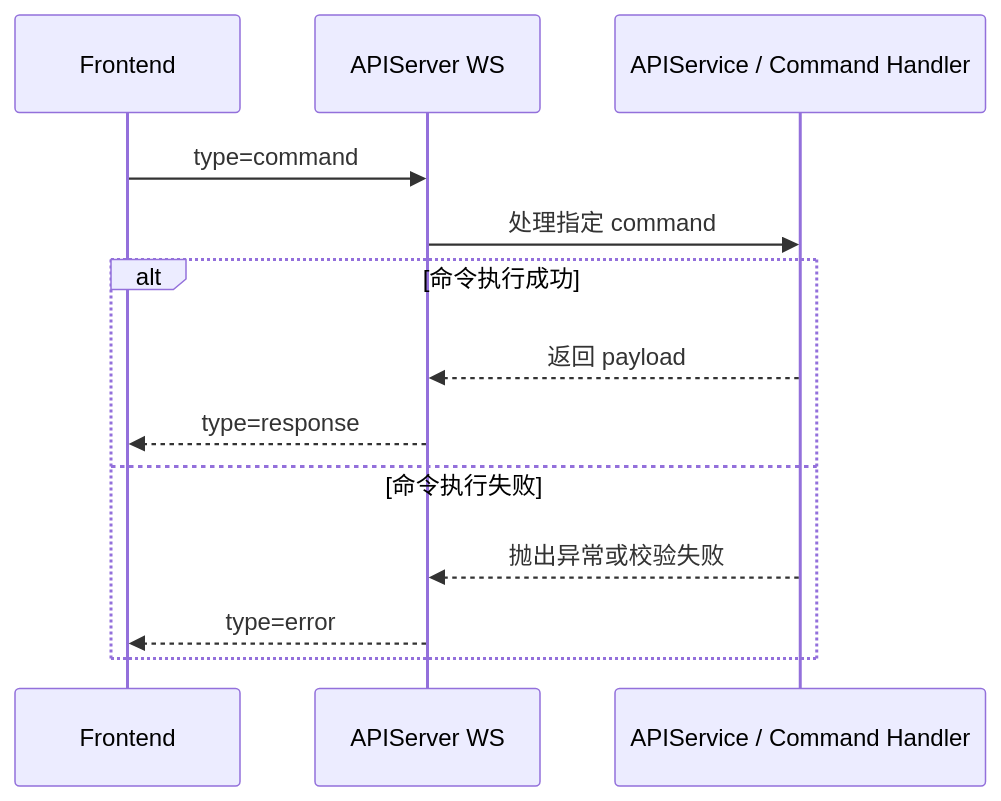
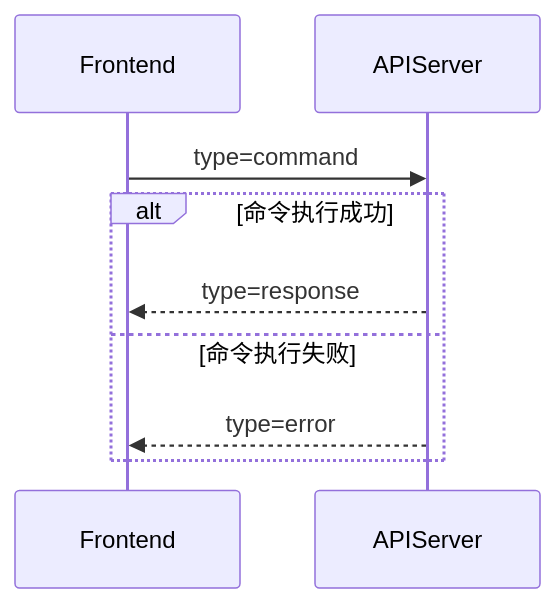
Before and after one commit to GoldenGYQ/ggbot: the third of 6 diagrams in doc/architecture.md, drawn with Mermaid. The commit also changed other lines of this file and 1 other file, not shown here.

````diff
--- a/doc/architecture.md
+++ b/doc/architecture.md
@@ -247,17 +243,12 @@
 ```mermaid
 sequenceDiagram
     participant FE as Frontend
-    participant WS as APIServer WS
-    participant SVC as APIService / Command Handler
+    participant WS as APIServer
 
     FE->>WS: type=command
-    WS->>SVC: 处理指定 command
-
     alt 命令执行成功
-        SVC-->>WS: 返回 payload
         WS-->>FE: type=response
     else 命令执行失败
-        SVC-->>WS: 抛出异常或校验失败
         WS-->>FE: type=error
     end
 ```
````
